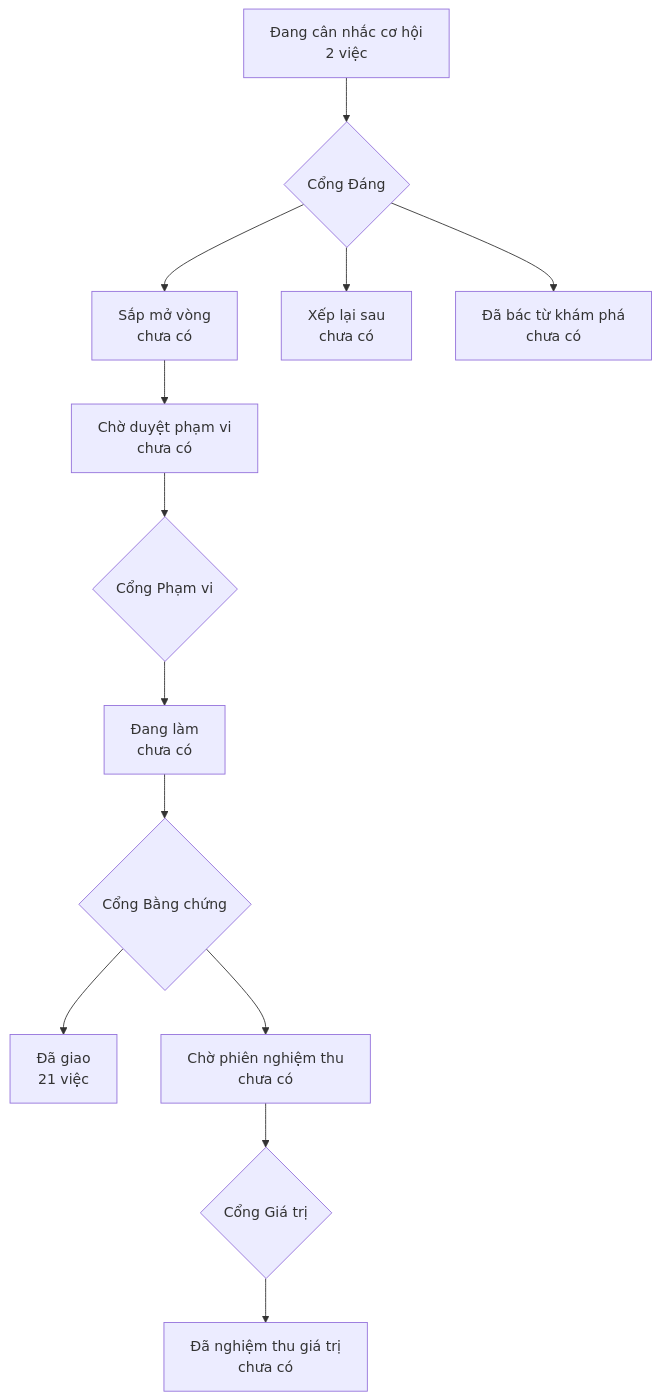
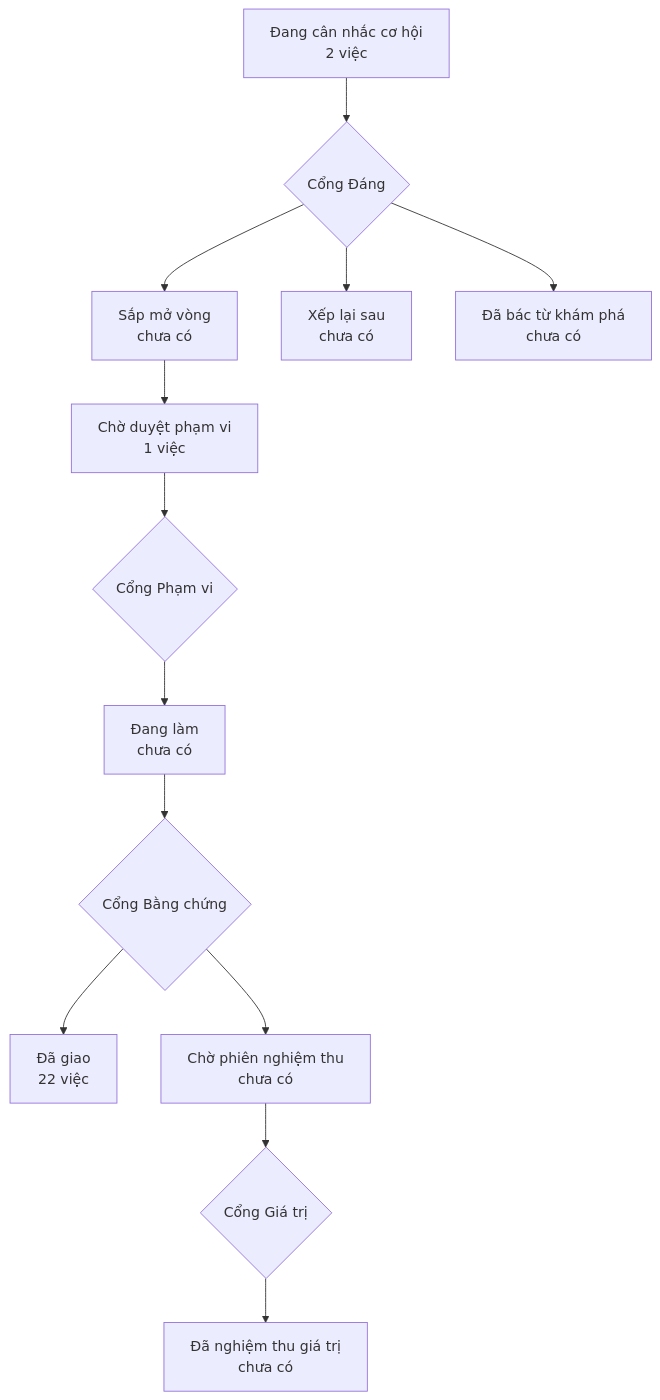
One commit to phanlemanh/OneFlow changed the diagram in PRODUCT-MAP.md. Above: the diagram before and after it, drawn with Mermaid. The commit also changed other lines of this file, not shown here.

````diff
--- a/PRODUCT-MAP.md
+++ b/PRODUCT-MAP.md
@@ -6,12 +6,12 @@
 ```mermaid
 flowchart TD
   A["Đang cân nhắc cơ hội<br/>2 việc"] --> GD{"Cổng Đáng"}
   GD --> B["Sắp mở vòng<br/>chưa có"]
   GD --> XL["Xếp lại sau<br/>chưa có"]
   GD --> DB["Đã bác từ khám phá<br/>chưa có"]
-  B --> CD["Chờ duyệt phạm vi<br/>chưa có"] --> GP{"Cổng Phạm vi"}
+  B --> CD["Chờ duyệt phạm vi<br/>1 việc"] --> GP{"Cổng Phạm vi"}
   GP --> DL["Đang làm<br/>chưa có"] --> GB{"Cổng Bằng chứng"}
-  GB --> DG["Đã giao<br/>21 việc"]
+  GB --> DG["Đã giao<br/>22 việc"]
   GB --> CN["Chờ phiên nghiệm thu<br/>chưa có"] --> GG{"Cổng Giá trị"}
   GG --> NT["Đã nghiệm thu giá trị<br/>chưa có"]
 ```
````
